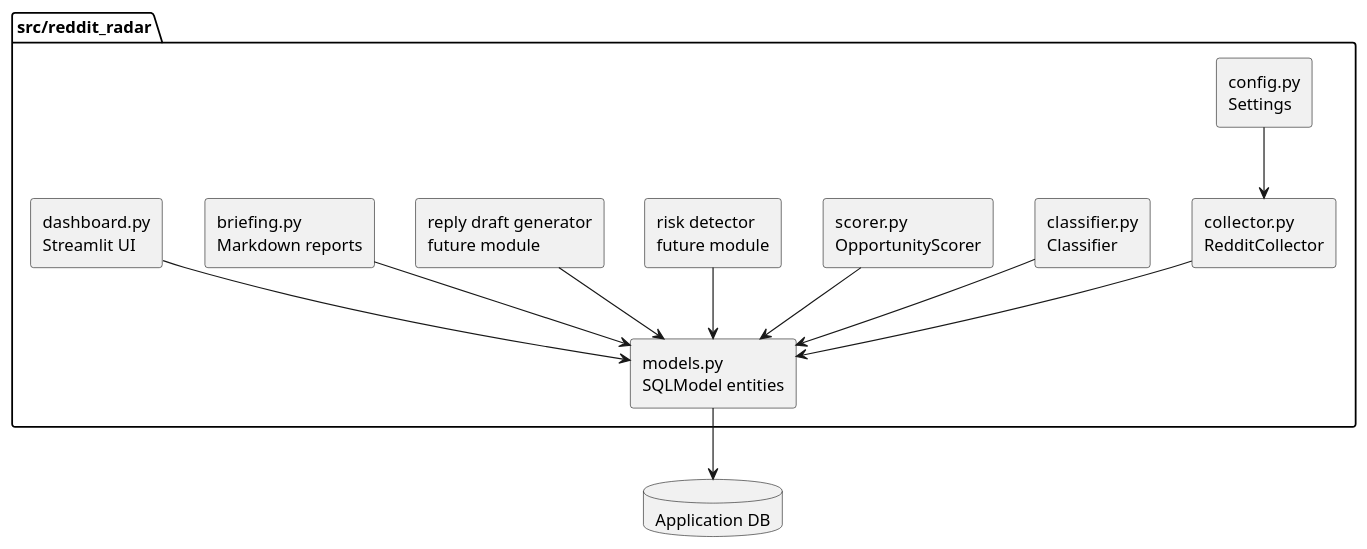
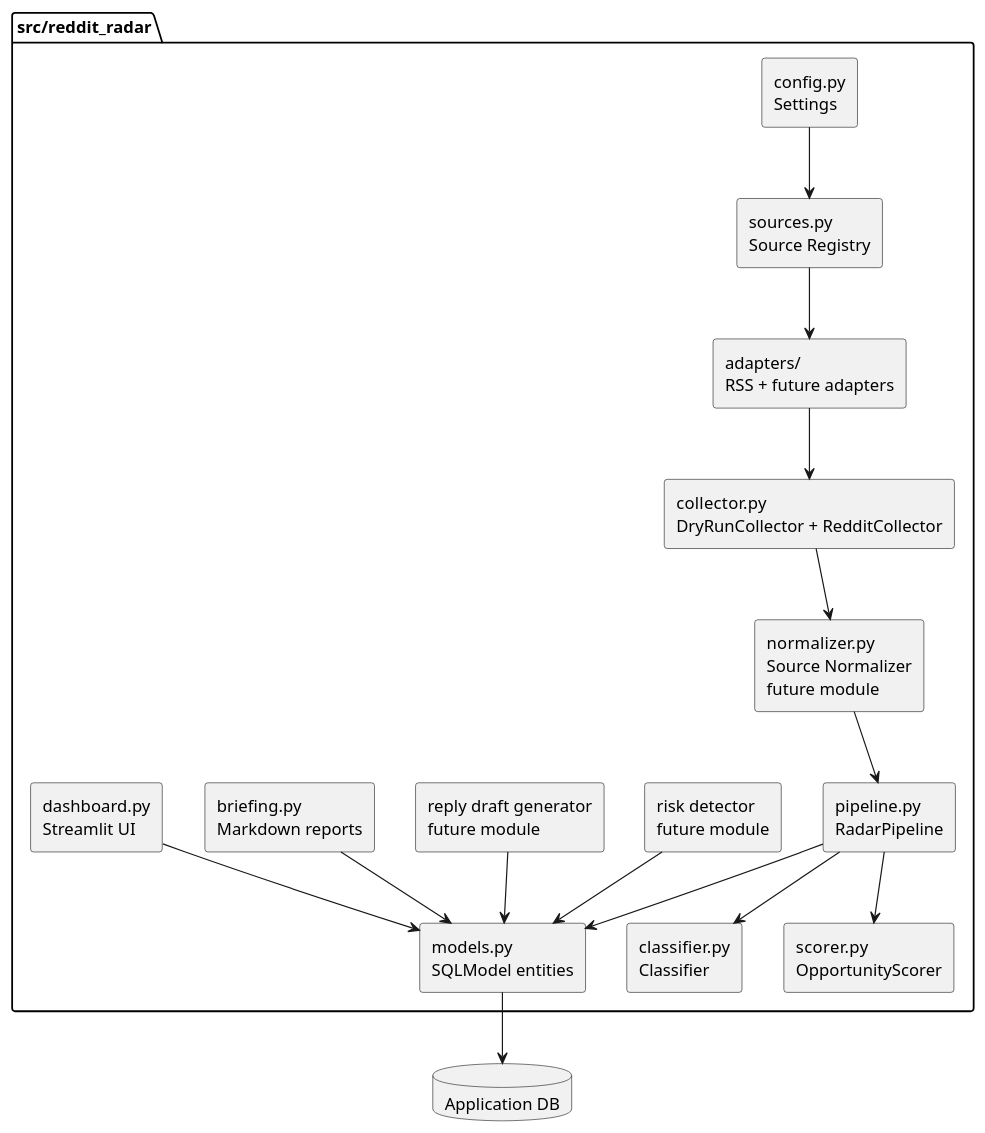
The second of 3 diagrams in Docs/architecture.md (bprager/reddit-opportunity-agent), drawn with PlantUML before and after one commit. The commit also changed other lines of this file and 18 other files, not shown here.

````diff
--- a/Docs/architecture.md
+++ b/Docs/architecture.md
@@ -79,30 +105,38 @@
 ```plantuml
 @startuml
 skinparam componentStyle rectangle
 
 package "src/reddit_radar" {
   component "config.py\nSettings" as Config
-  component "collector.py\nRedditCollector" as Collector
+  component "sources.py\nSource Registry" as Sources
+  component "adapters/\nRSS + future adapters" as Adapters
+  component "collector.py\nDryRunCollector + RedditCollector" as Collector
+  component "normalizer.py\nSource Normalizer\nfuture module" as Normalizer
+  component "pipeline.py\nRadarPipeline" as Pipeline
   component "classifier.py\nClassifier" as Classifier
   component "scorer.py\nOpportunityScorer" as Scorer
   component "risk detector\nfuture module" as Risk
   component "reply draft generator\nfuture module" as Drafts
   component "briefing.py\nMarkdown reports" as Briefing
   component "dashboard.py\nStreamlit UI" as Dashboard
   component "models.py\nSQLModel entities" as Models
 }
 
 database "Application DB" as DB
 
-Config --> Collector
-Collector --> Models
-Classifier --> Models
-Scorer --> Models
+Config --> Sources
+Sources --> Adapters
+Adapters --> Collector
+Collector --> Normalizer
+Normalizer --> Pipeline
+Pipeline --> Classifier
+Pipeline --> Scorer
+Pipeline --> Models
 Risk --> Models
 Drafts --> Models
 Briefing --> Models
 Dashboard --> Models
 Models --> DB
 
 @enduml
 ```
````
